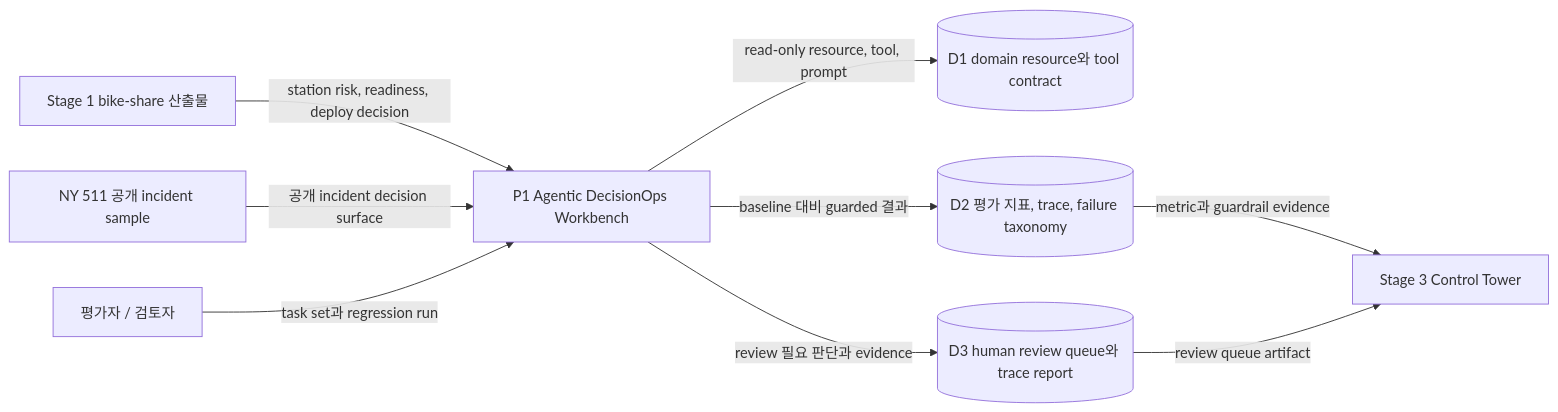
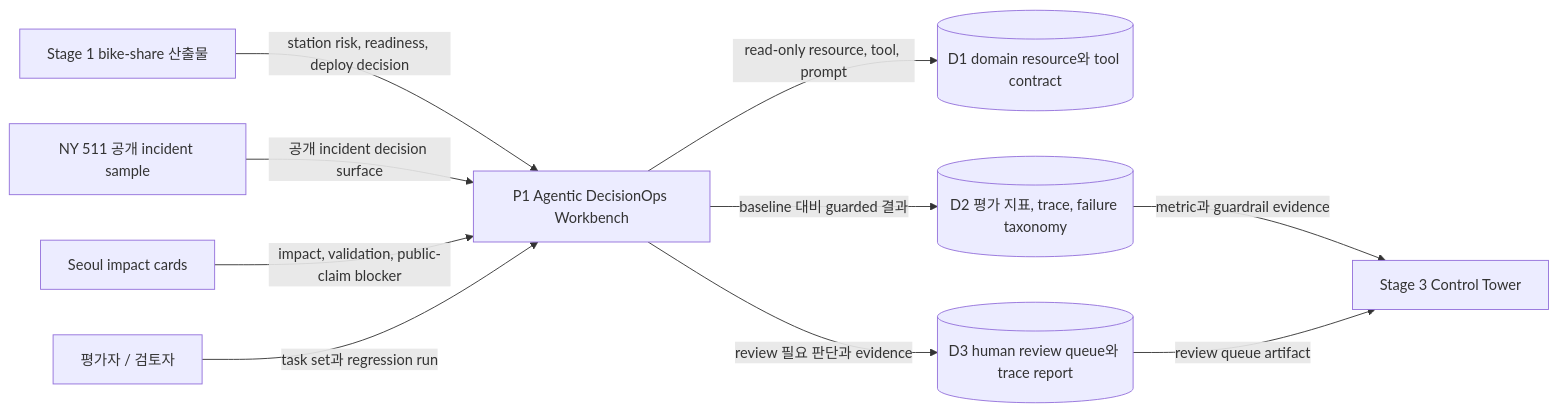
Before and after one commit to zodia8393/data-scientist-career: the first of 2 diagrams in agentic-decisionops-workbench/docs/data_flow_diagram.md, drawn with Mermaid. The commit also changed other lines of this file and 24 other files, not shown here.

````diff
--- a/agentic-decisionops-workbench/docs/data_flow_diagram.md
+++ b/agentic-decisionops-workbench/docs/data_flow_diagram.md
@@ -13,22 +13,24 @@
 ```mermaid
 flowchart LR
     E1["Stage 1 bike-share 산출물"]
     E2["NY 511 공개 incident sample"]
     E3["평가자 / 검토자"]
     E4["Stage 3 Control Tower"]
+    E5["Seoul impact cards"]
 
     P1["P1 Agentic DecisionOps Workbench"]
 
     D1[("D1 domain resource와 tool contract")]
     D2[("D2 평가 지표, trace, failure taxonomy")]
     D3[("D3 human review queue와 trace report")]
 
     E1 -->|"station risk, readiness, deploy decision"| P1
     E2 -->|"공개 incident decision surface"| P1
+    E5 -->|"impact, validation, public-claim blocker"| P1
     E3 -->|"task set과 regression run"| P1
     P1 -->|"read-only resource, tool, prompt"| D1
     P1 -->|"baseline 대비 guarded 결과"| D2
     P1 -->|"review 필요 판단과 evidence"| D3
     D2 -->|"metric과 guardrail evidence"| E4
     D3 -->|"review queue artifact"| E4
 ```
````
